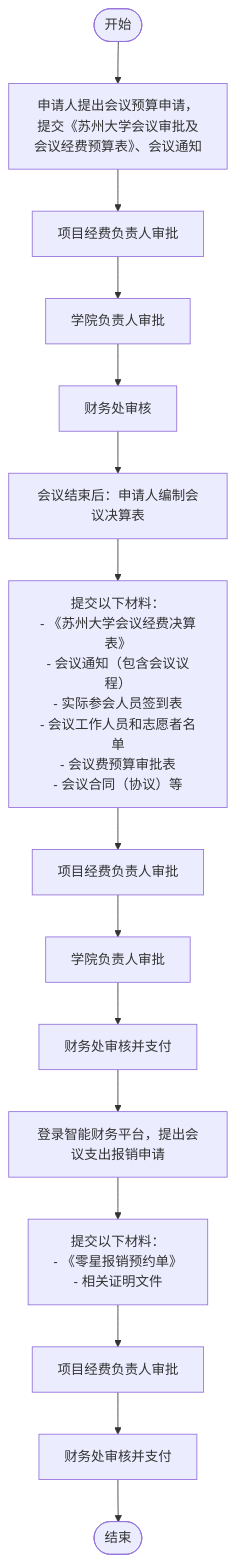
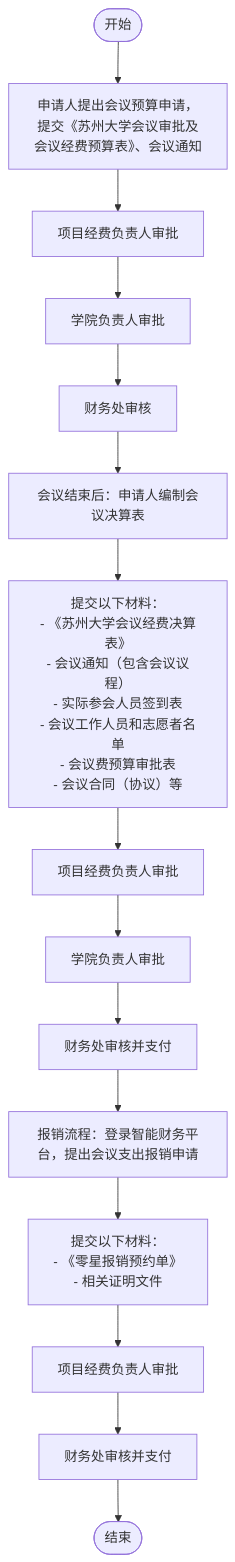
The diagram in outline2flow/mmd_outputs/page_18.mmd (AmyIvan/work1), drawn with Mermaid before and after one commit. The commit also changed 138 other files, not shown here.

```diff
--- a/outline2flow/mmd_outputs/page_18.mmd
+++ b/outline2flow/mmd_outputs/page_18.mmd
@@ -1,15 +1,15 @@
 flowchart TD
-    Start(["开始"]) --> A["申请人提出会议预算申请，提交《苏州大学会议审批及会议经费预算表》、会议通知"]
-    A --> B["项目经费负责人审批"]
-    B --> C["学院负责人审批"]
-    C --> D["财务处审核"]
-    D --> E["会议结束后：申请人编制会议决算表"]
-    E --> F["提交以下材料：\n- 《苏州大学会议经费决算表》\n- 会议通知（包含会议议程）\n- 实际参会人员签到表\n- 会议工作人员和志愿者名单\n- 会议费预算审批表\n- 会议合同（协议）等"]
-    F --> G["项目经费负责人审批"]
-    G --> H["学院负责人审批"]
-    H --> I["财务处审核并支付"]
-    I --> J["登录智能财务平台，提出会议支出报销申请"]
-    J --> K["提交以下材料：\n- 《零星报销预约单》\n- 相关证明文件"]
-    K --> L["项目经费负责人审批"]
-    L --> M["财务处审核并支付"]
-    M --> End(["结束"])
+    Start([开始]) --> A[申请人提出会议预算申请，提交《苏州大学会议审批及会议经费预算表》、会议通知]
+    A --> B[项目经费负责人审批]
+    B --> C[学院负责人审批]
+    C --> D[财务处审核]
+    D --> E[会议结束后：申请人编制会议决算表]
+    E --> F[提交以下材料：\n- 《苏州大学会议经费决算表》\n- 会议通知（包含会议议程）\n- 实际参会人员签到表\n- 会议工作人员和志愿者名单\n- 会议费预算审批表\n- 会议合同（协议）等]
+    F --> G[项目经费负责人审批]
+    G --> H[学院负责人审批]
+    H --> I[财务处审核并支付]
+    I --> J[报销流程：登录智能财务平台，提出会议支出报销申请]
+    J --> K[提交以下材料：\n- 《零星报销预约单》\n- 相关证明文件]
+    K --> L[项目经费负责人审批]
+    L --> M[财务处审核并支付]
+    M --> End([结束])
```
